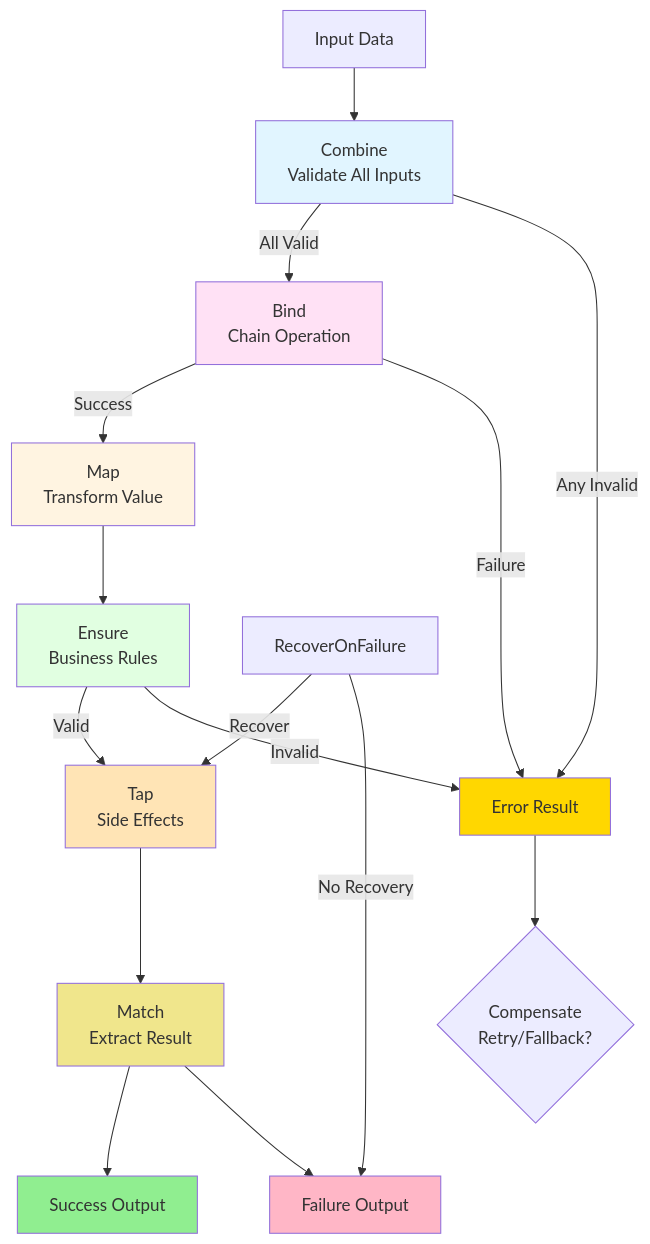
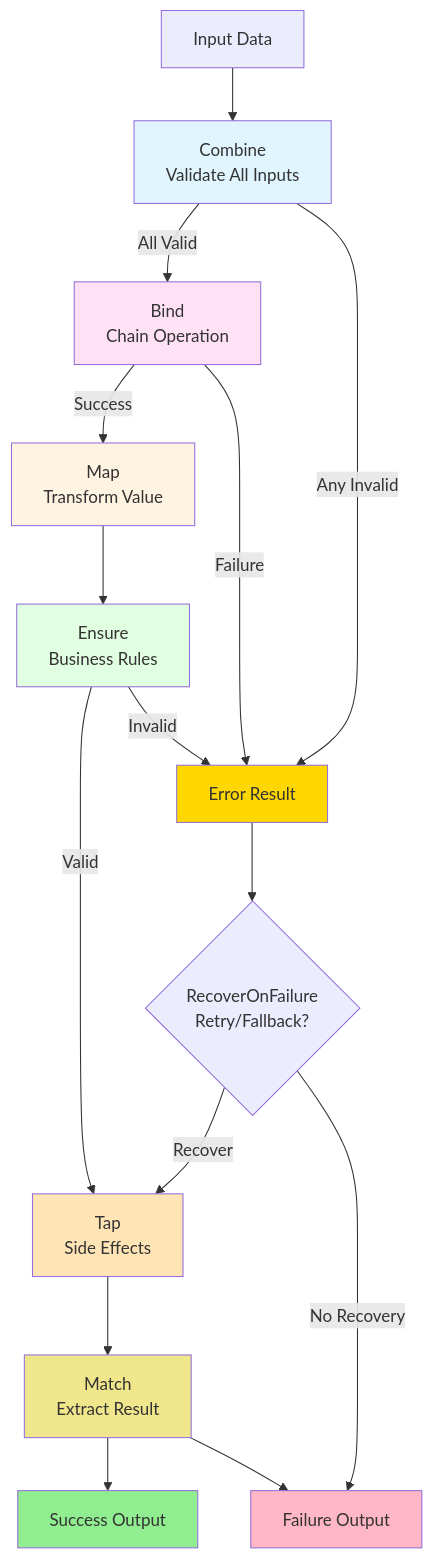
One commit to xavierjohn/FunctionalDDD changed the second of 3 diagrams in docs/docfx_project/articles/basics.md. Above: the diagram before and after it, drawn with Mermaid. The commit also changed other lines of this file and 18 other files, not shown here.

First line of the commit message:
Rename Compensate to RecoverOnFailure across codebase

````diff
--- a/docs/docfx_project/articles/basics.md
+++ b/docs/docfx_project/articles/basics.md
@@ -233,33 +233,33 @@
 ```mermaid
 flowchart TB
     START[Input Data] --> COMBINE[Combine<br/>Validate All Inputs]
     COMBINE -->|All Valid| BIND[Bind<br/>Chain Operation]
     COMBINE -->|Any Invalid| ERROR[Error Result]
     
     BIND -->|Success| MAP[Map<br/>Transform Value]
     BIND -->|Failure| ERROR
     
     MAP --> ENSURE[Ensure<br/>Business Rules]
     
     ENSURE -->|Valid| TAP[Tap<br/>Side Effects]
     ENSURE -->|Invalid| ERROR
     
     TAP --> MATCH[Match<br/>Extract Result]
     
     MATCH --> SUCCESS[Success Output]
     MATCH --> FAILURE[Failure Output]
     
-    ERROR --> COMPENSATE{Compensate<br/>Retry/Fallback?}
+    ERROR --> RecoverOnFailure{RecoverOnFailure<br/>Retry/Fallback?}
     RecoverOnFailure -->|Recover| TAP
     RecoverOnFailure -->|No Recovery| FAILURE
     
     style SUCCESS fill:#90EE90
     style FAILURE fill:#FFB6C6
     style ERROR fill:#FFD700
     style COMBINE fill:#E1F5FF
     style BIND fill:#FFE1F5
     style MAP fill:#FFF4E1
     style ENSURE fill:#E1FFE1
     style TAP fill:#FFE4B5
     style MATCH fill:#F0E68C
 ```
````
